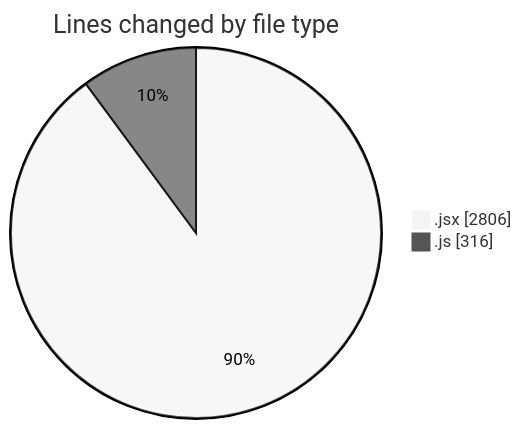
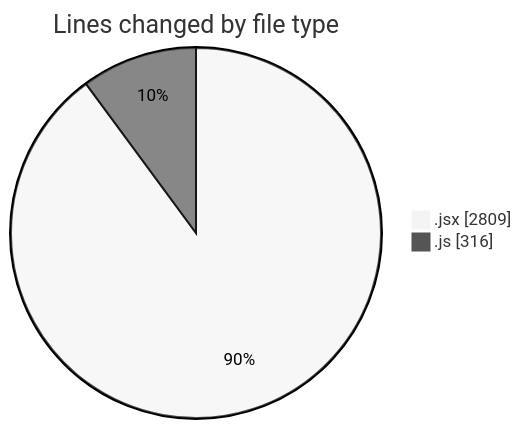
One commit to nxtqubesakshisongat/code-tracking changed the first of 2 diagrams in 2025-07-10/argos/README.md. Above: the diagram before and after it, drawn with Mermaid (neutral theme). The commit also changed other lines of this file and 1 other file, not shown here.

````diff
--- a/2025-07-10/argos/README.md
+++ b/2025-07-10/argos/README.md
@@ -25,6 +25,6 @@
 ```mermaid
 pie showData
 title Lines changed by file type
-".jsx" : 2806
+".jsx" : 2809
 ".js" : 316
 ```
````
